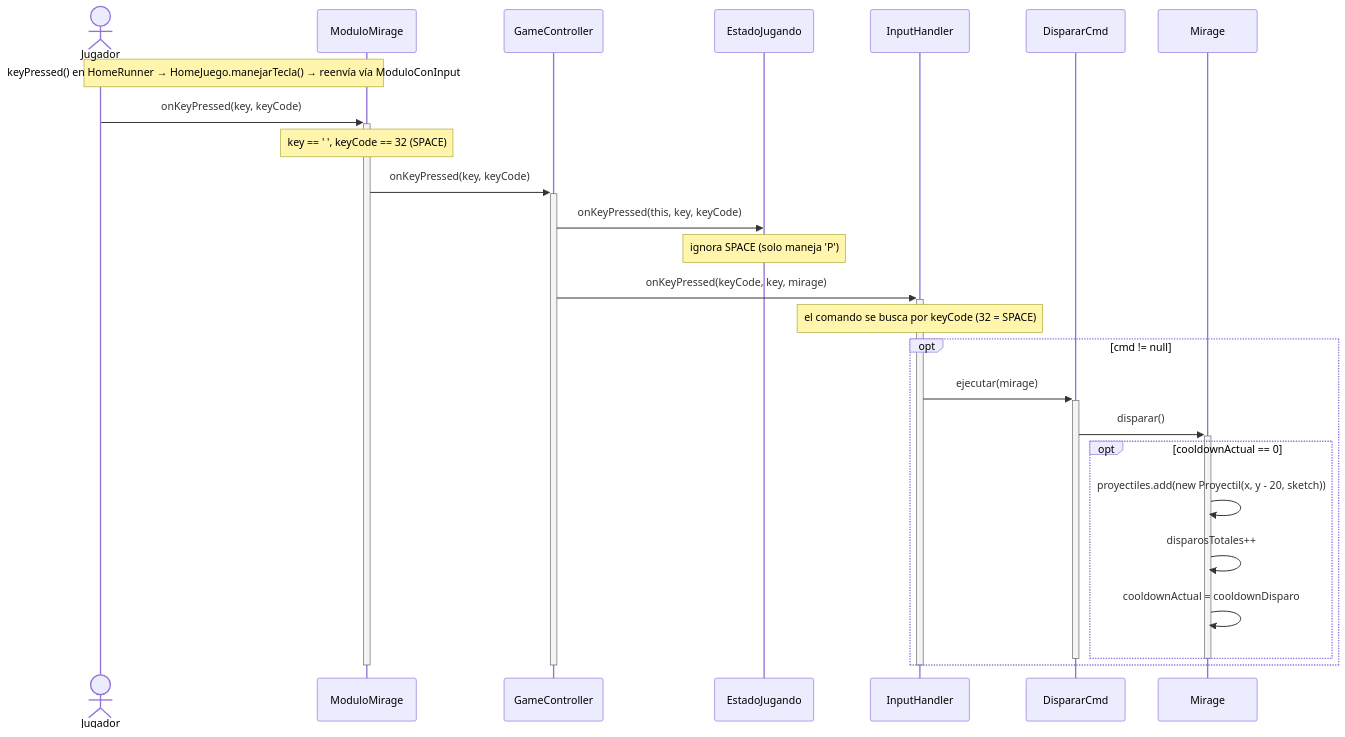
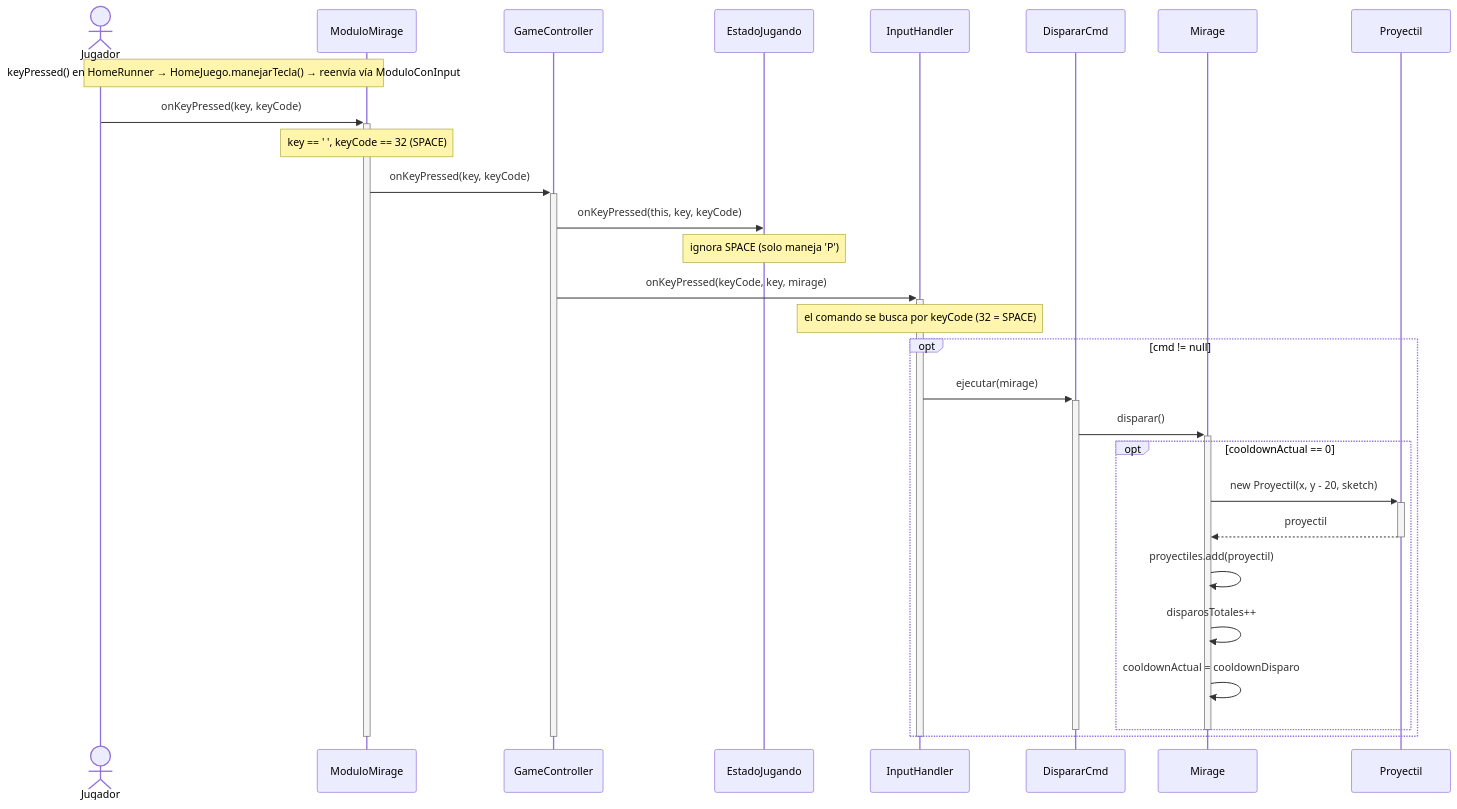
The third of 9 diagrams in docs/v1/analisis/casos-de-uso.md (Christian-Rojas-Rodriguez/juego-1982), drawn with Mermaid before and after one commit. The commit also changed other lines of this file, not shown here.

Commit message:
docs: modificar diagramas de secuencia

````diff
--- a/docs/v1/analisis/casos-de-uso.md
+++ b/docs/v1/analisis/casos-de-uso.md
@@ -111,33 +121,36 @@
 ```mermaid
 sequenceDiagram
     actor Jugador
     participant ModuloMirage
     participant GameController
     participant EstadoJugando
     participant InputHandler
     participant DispararCmd
     participant Mirage
+    participant Proyectil
 
     Note over Jugador,ModuloMirage: keyPressed() en HomeRunner → HomeJuego.manejarTecla() → reenvía vía ModuloConInput
     Jugador->>+ModuloMirage: onKeyPressed(key, keyCode)
     Note over ModuloMirage: key == ' ', keyCode == 32 (SPACE)
     ModuloMirage->>+GameController: onKeyPressed(key, keyCode)
     GameController->>EstadoJugando: onKeyPressed(this, key, keyCode)
     Note over EstadoJugando: ignora SPACE (solo maneja 'P')
     GameController->>+InputHandler: onKeyPressed(keyCode, key, mirage)
     Note over InputHandler: el comando se busca por keyCode (32 = SPACE)
     opt cmd != null
         InputHandler->>+DispararCmd: ejecutar(mirage)
         DispararCmd->>+Mirage: disparar()
         opt cooldownActual == 0
-            Mirage->>Mirage: proyectiles.add(new Proyectil(x, y - 20, sketch))
+            Mirage->>+Proyectil: new Proyectil(x, y - 20, sketch)
+            Proyectil-->>-Mirage: proyectil
+            Mirage->>Mirage: proyectiles.add(proyectil)
             Mirage->>Mirage: disparosTotales++
             Mirage->>Mirage: cooldownActual = cooldownDisparo
         end
         deactivate Mirage
         deactivate DispararCmd
     end
     deactivate InputHandler
     deactivate GameController
     deactivate ModuloMirage
 ```
````
